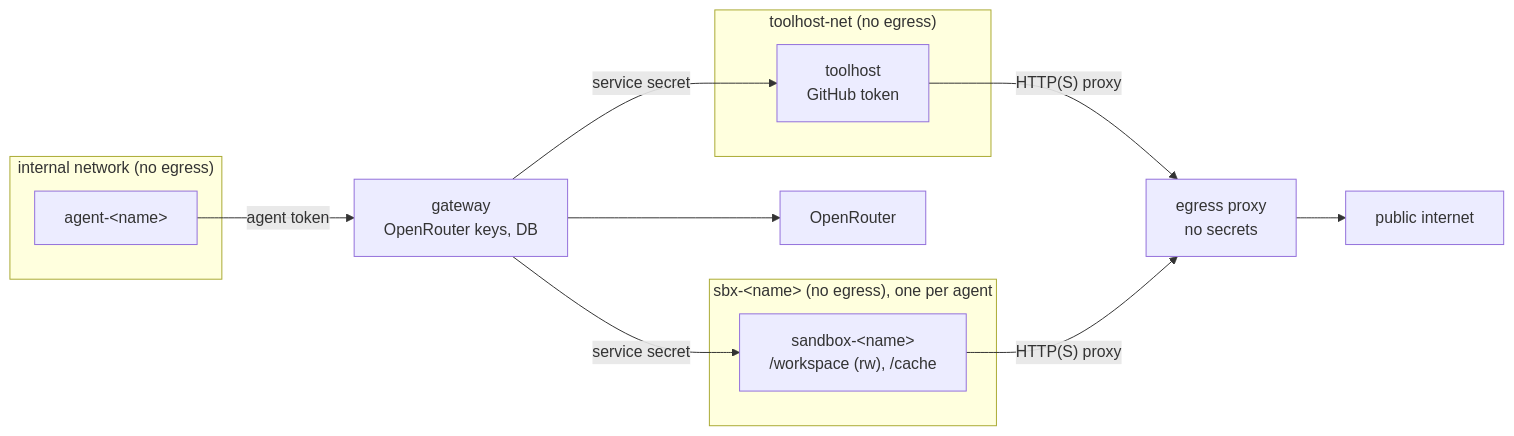
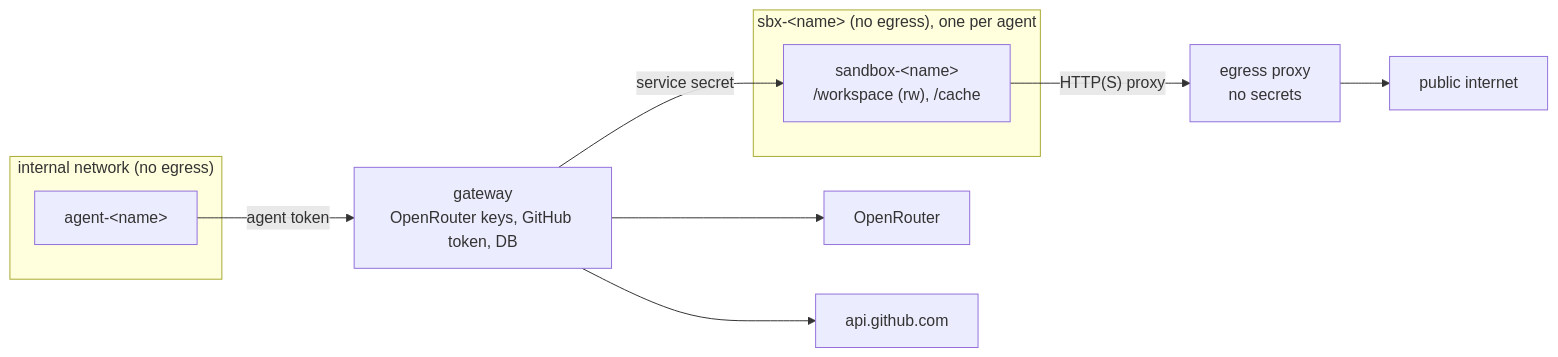
Before and after one commit to kjhughes097/sharpclaw: the diagram in docs/sharpclaw-external-tools-spec.md, drawn with Mermaid. The commit also changed other lines of this file and 2 other files, not shown here.

Commit message:
docs: drop toolhost; credentialed tools run in the gateway

````diff
--- a/docs/sharpclaw-external-tools-spec.md
+++ b/docs/sharpclaw-external-tools-spec.md
@@ -75,22 +78,18 @@
 ```mermaid
 flowchart LR
   subgraph internal["internal network (no egress)"]
     agent["agent-&lt;name&gt;"]
   end
-  subgraph thnet["toolhost-net (no egress)"]
-    toolhost["toolhost<br/>GitHub token"]
-  end
   subgraph sbxnet["sbx-&lt;name&gt; (no egress), one per agent"]
     sandbox["sandbox-&lt;name&gt;<br/>/workspace (rw), /cache"]
   end
-  gateway["gateway<br/>OpenRouter keys, DB"]
+  gateway["gateway<br/>OpenRouter keys, GitHub token, DB"]
   egress["egress proxy<br/>no secrets"]
 
   agent -- "agent token" --> gateway
-  gateway -- "service secret" --> toolhost
   gateway -- "service secret" --> sandbox
-  toolhost -- "HTTP(S) proxy" --> egress
   sandbox -- "HTTP(S) proxy" --> egress
   egress --> internet["public internet"]
   gateway --> openrouter["OpenRouter"]
+  gateway --> github["api.github.com"]
 ```
````
